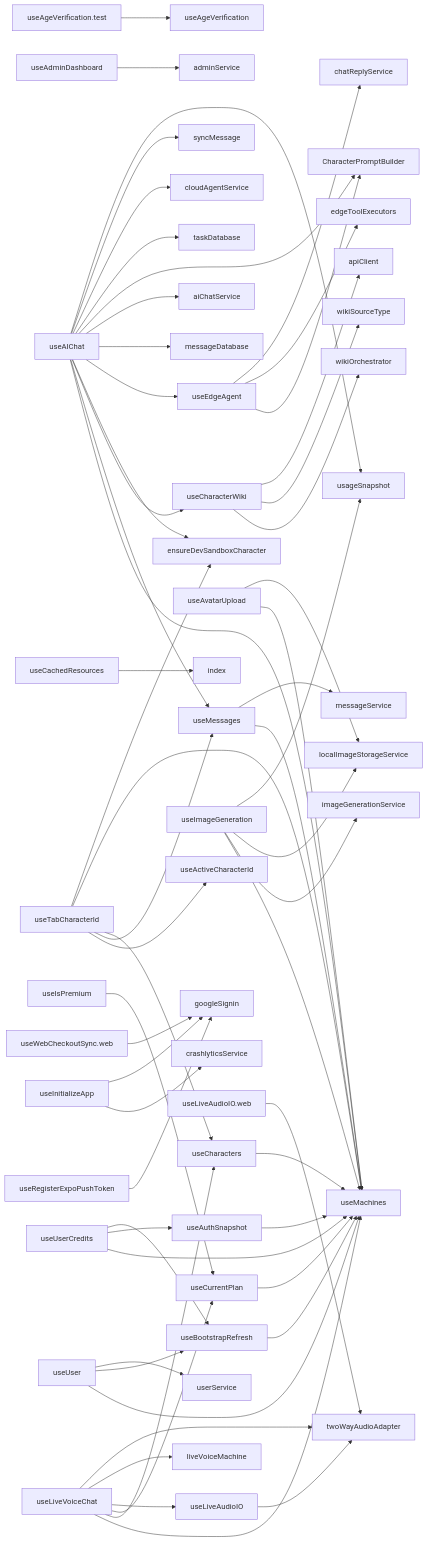
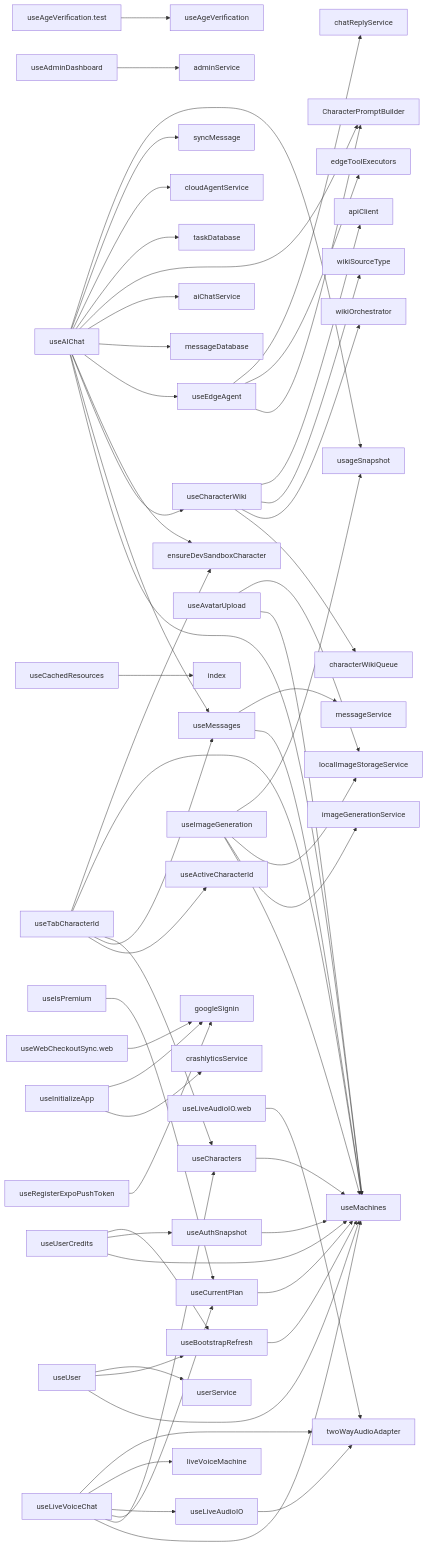
The diagram in docs/flowcharts/HOOKS.md (equationalapplications/clanker), drawn with Mermaid before and after one commit. The commit also changed 3 other files, not shown here.

First line of the commit message:
docs(credits): mark spec implemented and refresh flowcharts

````diff
--- a/docs/flowcharts/HOOKS.md
+++ b/docs/flowcharts/HOOKS.md
@@ -4,60 +4,61 @@
 ```mermaid
 graph LR
   useAgeVerification.test --> useAgeVerification
   useAIChat --> useMachines
   useAIChat --> useMessages
   useAIChat --> useCharacterWiki
   useAIChat --> ensureDevSandboxCharacter
   useAIChat --> useEdgeAgent
   useAIChat --> messageDatabase
   useAIChat --> aiChatService
   useAIChat --> CharacterPromptBuilder
   useAIChat --> taskDatabase
   useAIChat --> cloudAgentService
   useAIChat --> syncMessage
   useAIChat --> usageSnapshot
   useAdminDashboard --> adminService
   useAuthSnapshot --> useMachines
   useAvatarUpload --> useMachines
   useAvatarUpload --> localImageStorageService
   useBootstrapRefresh --> useMachines
   useCachedResources --> index
+  useCharacterWiki --> characterWikiQueue
   useCharacterWiki --> wikiOrchestrator
   useCharacterWiki --> wikiSourceType
   useCharacterWiki --> apiClient
   useCharacters --> useMachines
   useCurrentPlan --> useMachines
   useEdgeAgent --> CharacterPromptBuilder
   useEdgeAgent --> edgeToolExecutors
   useEdgeAgent --> chatReplyService
   useImageGeneration --> useMachines
   useImageGeneration --> imageGenerationService
   useImageGeneration --> localImageStorageService
   useImageGeneration --> usageSnapshot
   useInitializeApp --> crashlyticsService
   useInitializeApp --> googleSignin
   useIsPremium --> useCurrentPlan
   useLiveAudioIO --> twoWayAudioAdapter
   useLiveAudioIO.web --> twoWayAudioAdapter
   useLiveVoiceChat --> useMachines
   useLiveVoiceChat --> useCharacters
   useLiveVoiceChat --> useCurrentPlan
   useLiveVoiceChat --> useLiveAudioIO
   useLiveVoiceChat --> liveVoiceMachine
   useLiveVoiceChat --> twoWayAudioAdapter
   useMessages --> useMachines
   useMessages --> messageService
   useRegisterExpoPushToken --> googleSignin
   useTabCharacterId --> useActiveCharacterId
   useTabCharacterId --> useMessages
   useTabCharacterId --> useCharacters
   useTabCharacterId --> useMachines
   useTabCharacterId --> ensureDevSandboxCharacter
   useUser --> useMachines
   useUser --> useBootstrapRefresh
   useUser --> userService
   useUserCredits --> useMachines
   useUserCredits --> useAuthSnapshot
   useUserCredits --> useBootstrapRefresh
   useWebCheckoutSync.web --> googleSignin
 ```
````
